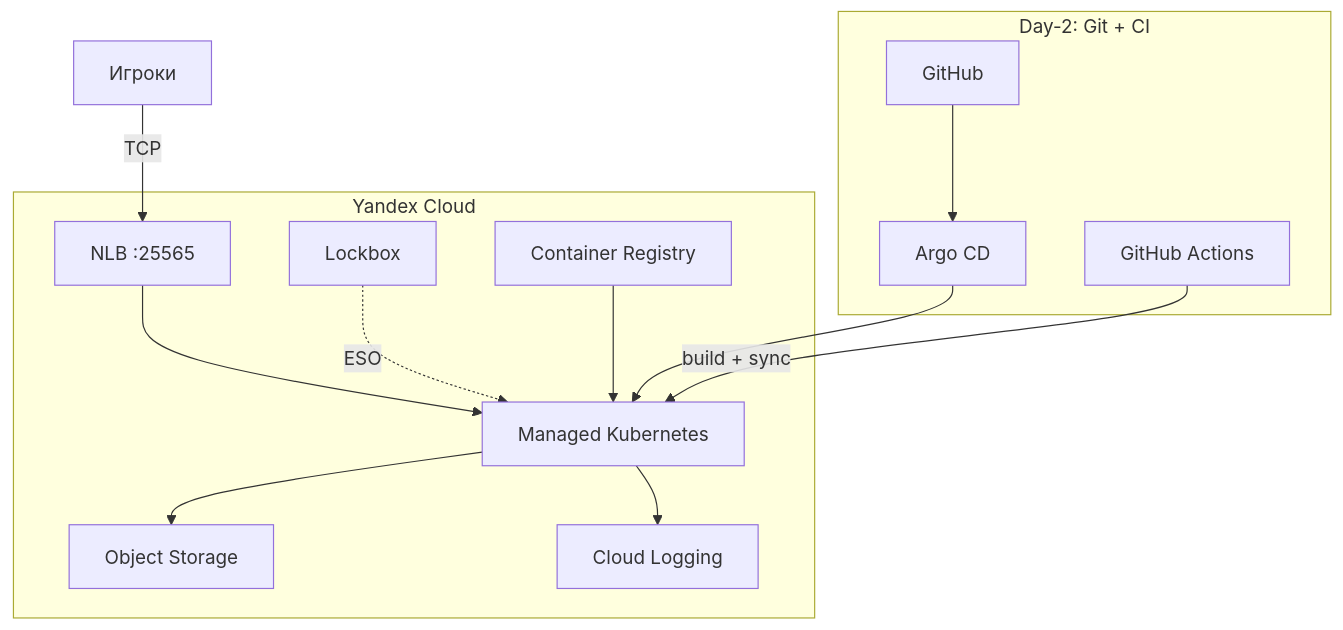
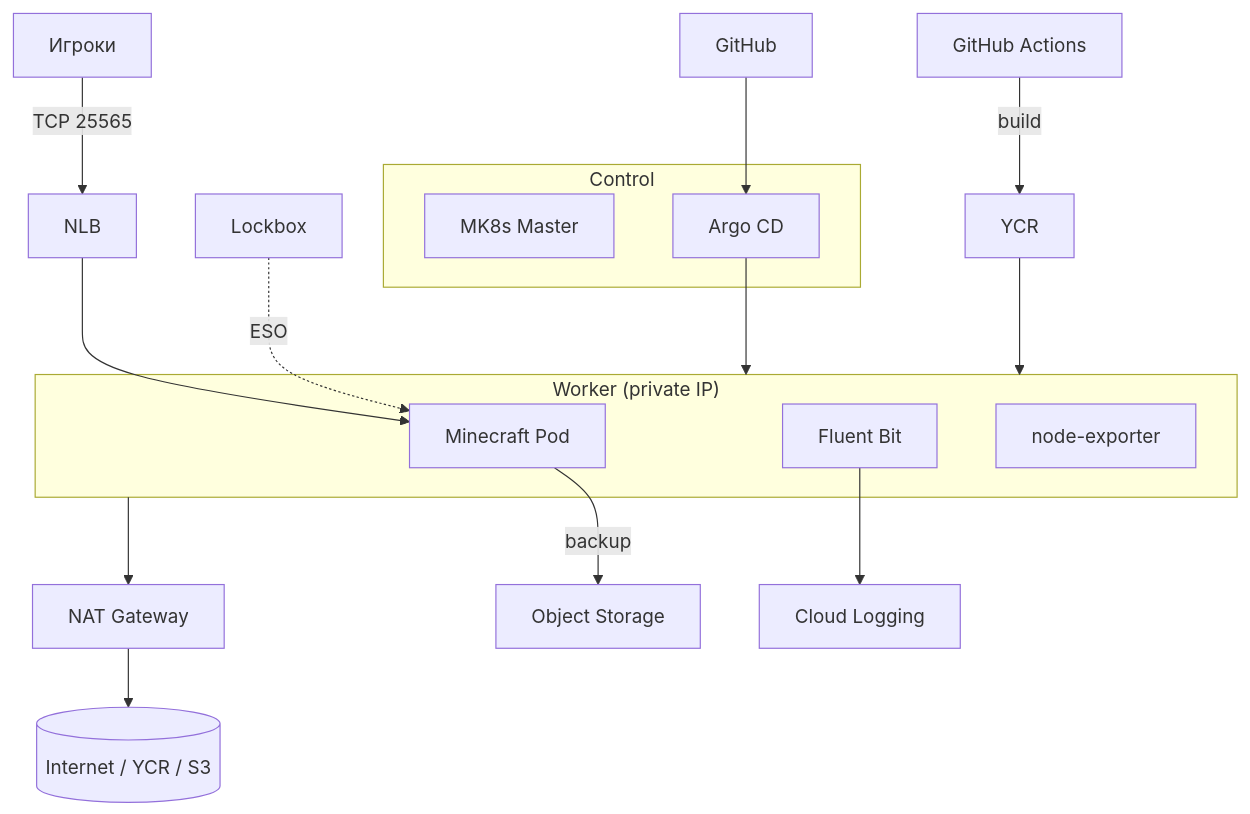
Before and after one commit to L3xu5/minecraft-yc-devops: the first of 2 diagrams in README.md, drawn with Mermaid. The commit also changed other lines of this file and 1 other file, not shown here.

First line of the commit message:
Rewrite README with current architecture and operational best practices.

````diff
--- a/README.md
+++ b/README.md
@@ -85,25 +99,26 @@
 ```mermaid
 flowchart TB
-  subgraph day2["Day-2: Git + CI"]
-    GH[GitHub]
-    GHA[GitHub Actions]
+  P[Игроки] -->|TCP 25565| NLB[NLB]
+  NLB --> MC[Minecraft Pod]
+
+  subgraph Worker["Worker (private IP)"]
+    MC
+    FB[Fluent Bit]
+    NE[node-exporter]
+  end
+
+  NAT[NAT Gateway] --> Internet[(Internet / YCR / S3)]
+  Worker --> NAT
+
+  subgraph Control
+    Master[MK8s Master]
     ARGO[Argo CD]
   end
 
-  subgraph yc["Yandex Cloud"]
-    NLB[NLB :25565]
-    K8s[Managed Kubernetes]
-    S3[Object Storage]
-    LB[Lockbox]
-    YCR[Container Registry]
-    LOG[Cloud Logging]
-  end
-
-  P[Игроки] -->|TCP| NLB --> K8s
-  K8s --> S3
-  K8s --> LOG
-  LB -.->|ESO| K8s
-  YCR --> K8s
-  GH --> ARGO --> K8s
-  GHA -->|build + sync| K8s
+  GH[GitHub] --> ARGO --> Worker
+  CI[GitHub Actions] -->|build| YCR[YCR]
+  YCR --> Worker
+  LB[Lockbox] -.->|ESO| MC
+  MC -->|backup| S3[Object Storage]
+  FB --> LOG[Cloud Logging]
 ```
````
